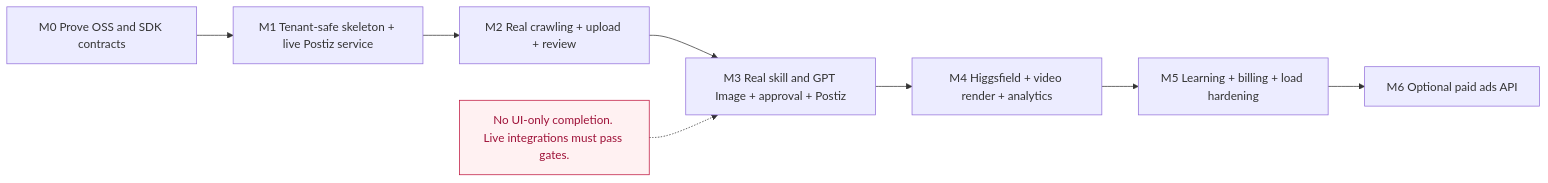
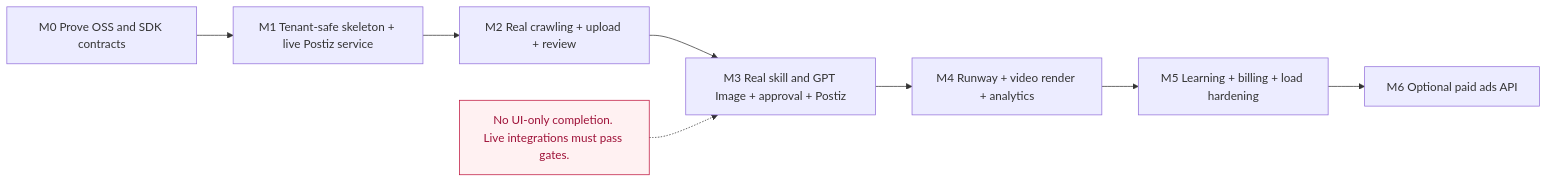
The tenth of 13 diagrams in ARCHITECTURE.md (fxunlockdev/Marketingdev), drawn with Mermaid before and after one commit. The commit also changed other lines of this file and 33 other files, not shown here.

````diff
--- a/ARCHITECTURE.md
+++ b/ARCHITECTURE.md
@@ -360,12 +360,12 @@
 ```mermaid
 flowchart LR
   m0[M0 Prove OSS and SDK contracts] --> infra[M1 Tenant-safe skeleton + live Postiz service]
   infra --> onboard[M2 Real crawling + upload + review]
   onboard --> slice[M3 Real skill and GPT Image + approval + Postiz]
-  slice --> video[M4 Higgsfield + video render + analytics]
+  slice --> video[M4 Runway + video render + analytics]
   video --> learn[M5 Learning + billing + load hardening]
   learn --> paid[M6 Optional paid ads API]
   blocked[No UI-only completion. Live integrations must pass gates.] -.-> slice
   classDef gate fill:#fff1f2,stroke:#be123c,color:#9f1239;
   class blocked gate;
 ```
````
